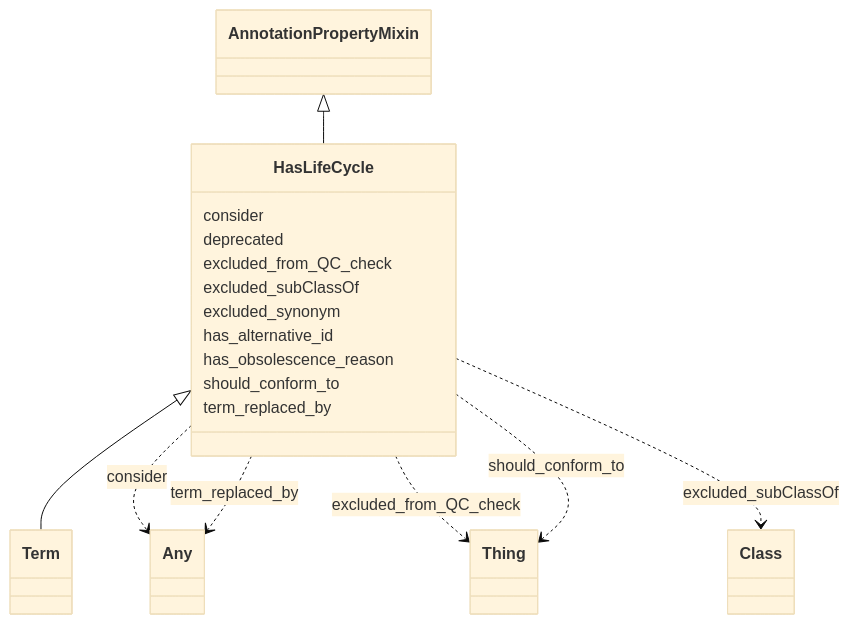
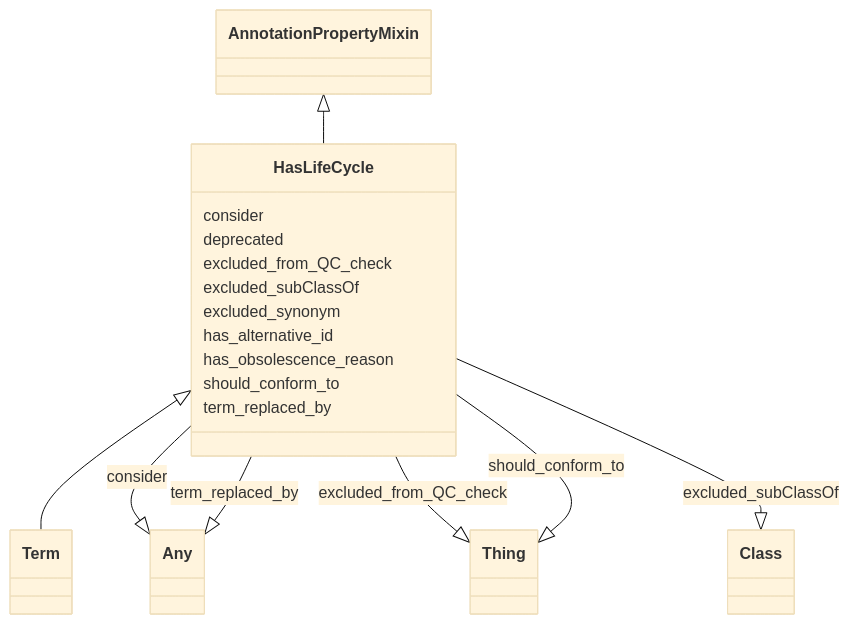
Before and after one commit to INCATools/ontology-access-kit: the diagram in ontology-metadata/HasLifeCycle.md, drawn with Mermaid (base theme). The commit also changed 3011 other files, not shown here.

````diff
--- a/ontology-metadata/HasLifeCycle.md
+++ b/ontology-metadata/HasLifeCycle.md
@@ -9,39 +9,39 @@
 ```{mermaid}
  classDiagram
     class HasLifeCycle
       AnnotationPropertyMixin <|-- HasLifeCycle
       
 
       HasLifeCycle <|-- Term
       
       
       HasLifeCycle : consider
         
-          HasLifeCycle ..> Any : consider
+          HasLifeCycle --|> Any : consider
         
       HasLifeCycle : deprecated
         
       HasLifeCycle : excluded_from_QC_check
         
-          HasLifeCycle ..> Thing : excluded_from_QC_check
+          HasLifeCycle --|> Thing : excluded_from_QC_check
         
       HasLifeCycle : excluded_subClassOf
         
-          HasLifeCycle ..> Class : excluded_subClassOf
+          HasLifeCycle --|> Class : excluded_subClassOf
         
       HasLifeCycle : excluded_synonym
         
       HasLifeCycle : has_alternative_id
         
       HasLifeCycle : has_obsolescence_reason
         
       HasLifeCycle : should_conform_to
         
-          HasLifeCycle ..> Thing : should_conform_to
+          HasLifeCycle --|> Thing : should_conform_to
         
       HasLifeCycle : term_replaced_by
         
-          HasLifeCycle ..> Any : term_replaced_by
+          HasLifeCycle --|> Any : term_replaced_by
         
       
 ```
````
